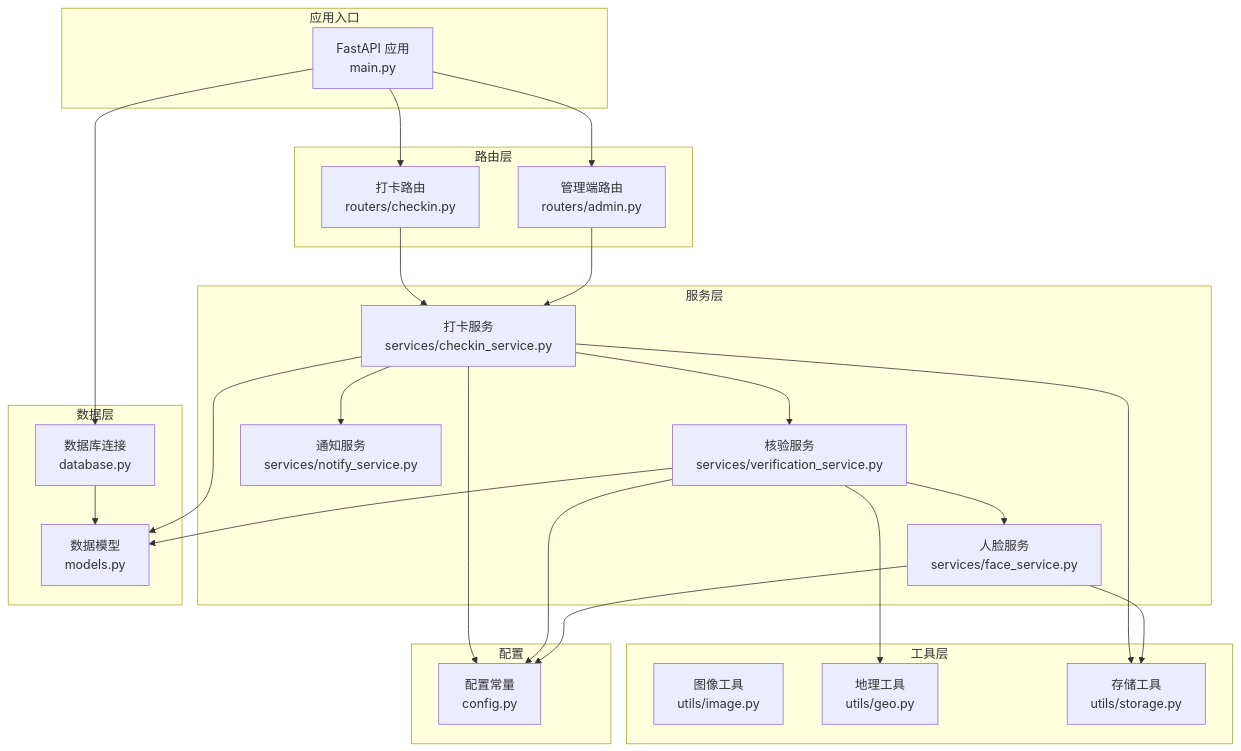
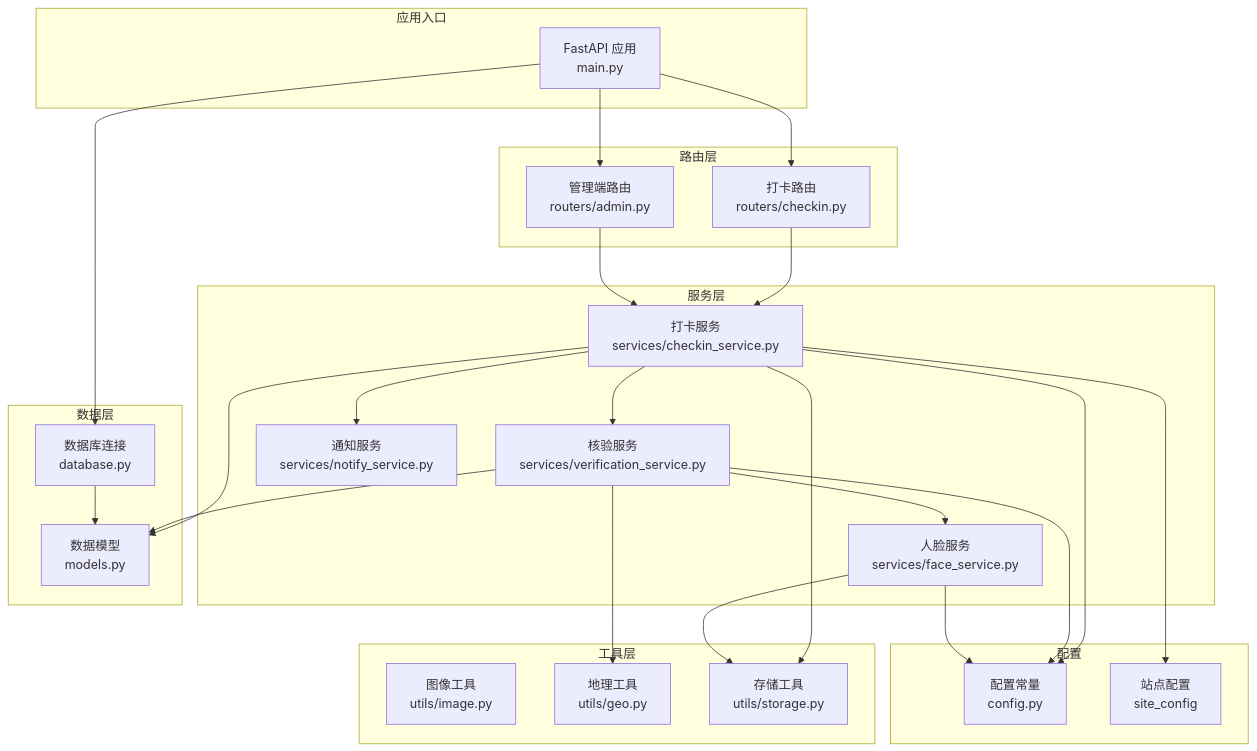
One commit to onebody/homework changed the first of 5 diagrams in .qoder/repowiki/zh/content/暑假作业打卡系统/后端服务架构/服务层架构/打卡服务.md. Above: the diagram before and after it, drawn with Mermaid. The commit also changed other lines of this file and 16 other files, not shown here.

````diff
--- a/.qoder/repowiki/zh/content/暑假作业打卡系统/后端服务架构/服务层架构/打卡服务.md
+++ b/.qoder/repowiki/zh/content/暑假作业打卡系统/后端服务架构/服务层架构/打卡服务.md
@@ -50,45 +58,47 @@
 ```mermaid
 graph TB
 subgraph "应用入口"
 A["FastAPI 应用<br/>main.py"]
 end
 subgraph "路由层"
 B["打卡路由<br/>routers/checkin.py"]
 C["管理端路由<br/>routers/admin.py"]
 end
 subgraph "服务层"
 D["打卡服务<br/>services/checkin_service.py"]
 E["核验服务<br/>services/verification_service.py"]
 F["人脸服务<br/>services/face_service.py"]
 G["通知服务<br/>services/notify_service.py"]
 end
 subgraph "工具层"
 H["图像工具<br/>utils/image.py"]
 I["地理工具<br/>utils/geo.py"]
 J["存储工具<br/>utils/storage.py"]
 end
 subgraph "数据层"
 K["数据库连接<br/>database.py"]
 L["数据模型<br/>models.py"]
 end
 subgraph "配置"
 M["配置常量<br/>config.py"]
+N["站点配置<br/>site_config"]
 end
 A --> B
 A --> C
 B --> D
 C --> D
 D --> E
 E --> F
 E --> I
 D --> G
 D --> J
 D --> L
 E --> L
 F --> J
 A --> K
 K --> L
 D --> M
+D --> N
 E --> M
 F --> M
 ```
````
